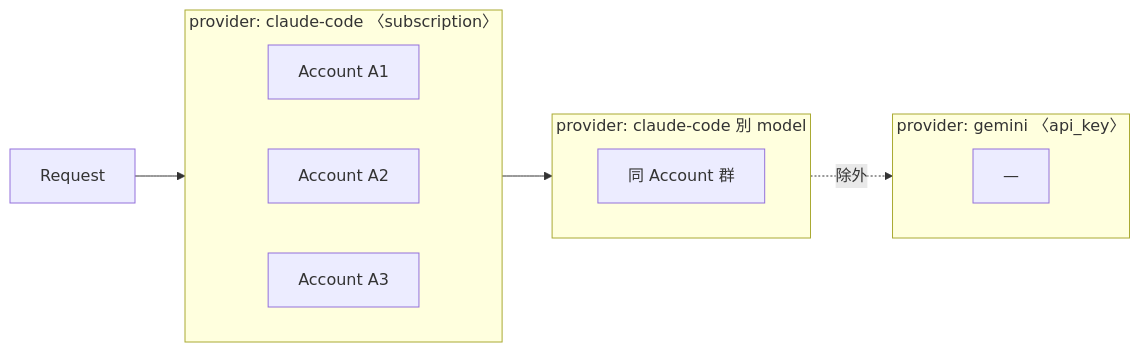
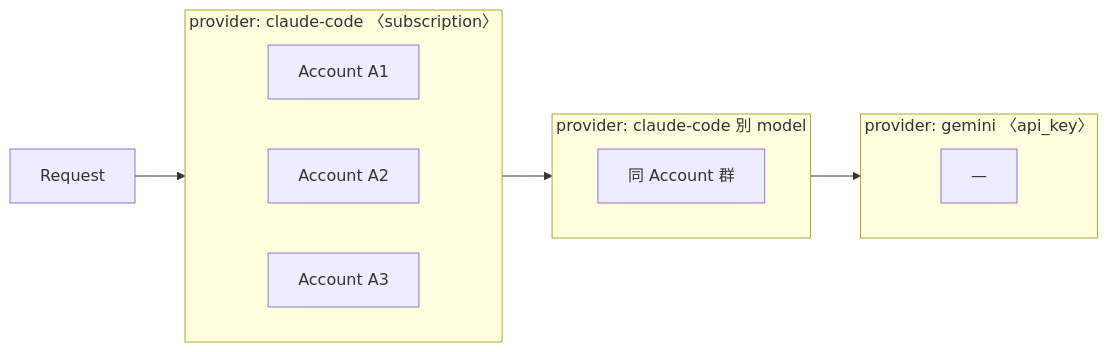
The second of 12 diagrams in docs/architecture/pipeline-overview.md (tkgstrator/rialto), drawn with Mermaid before and after one commit. The commit also changed other lines of this file and 137 other files, not shown here.

````diff
--- a/docs/architecture/pipeline-overview.md
+++ b/docs/architecture/pipeline-overview.md
@@ -104,23 +104,23 @@
 ```mermaid
 flowchart LR
   REQ[Request]
 
   subgraph P1[provider: claude-code 〈subscription〉]
     direction LR
     A1[Account A1]
     A2[Account A2]
     A3[Account A3]
   end
 
   subgraph P2[provider: claude-code 別 model]
     direction LR
     B1[同 Account 群]
   end
 
   subgraph P3[provider: gemini 〈api_key〉]
     direction LR
     G1[—]
   end
 
-  REQ --> P1 --> P2 -.除外.-> P3
+  REQ --> P1 --> P2 --> P3
 ```
````
